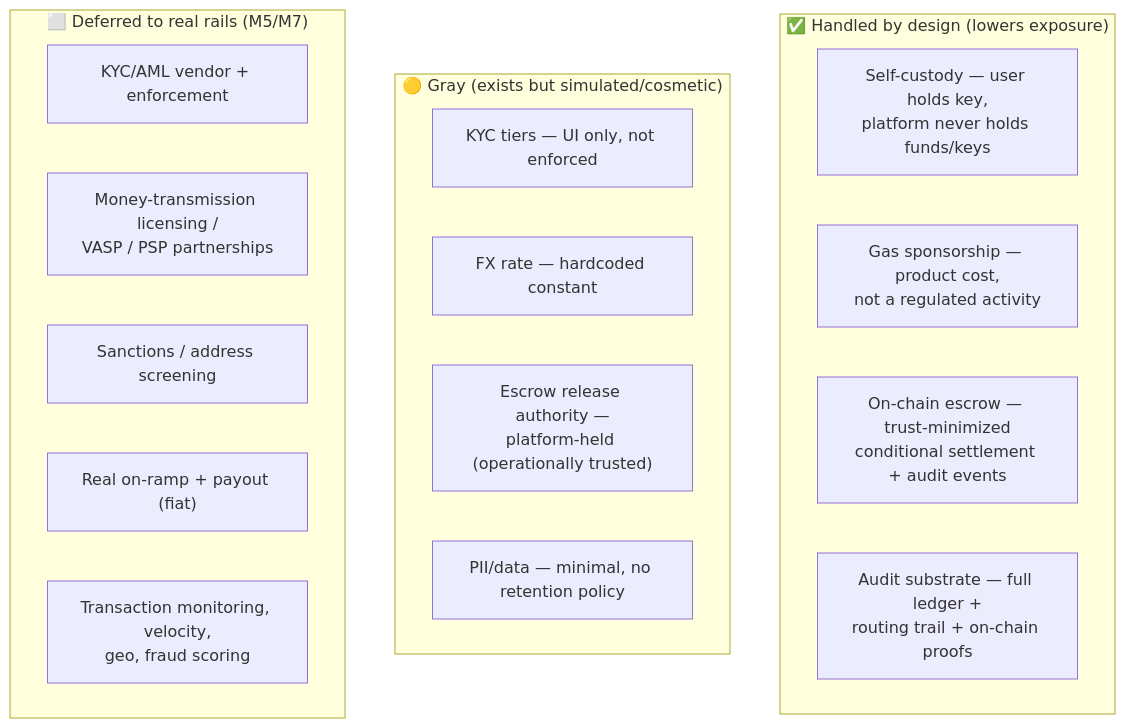
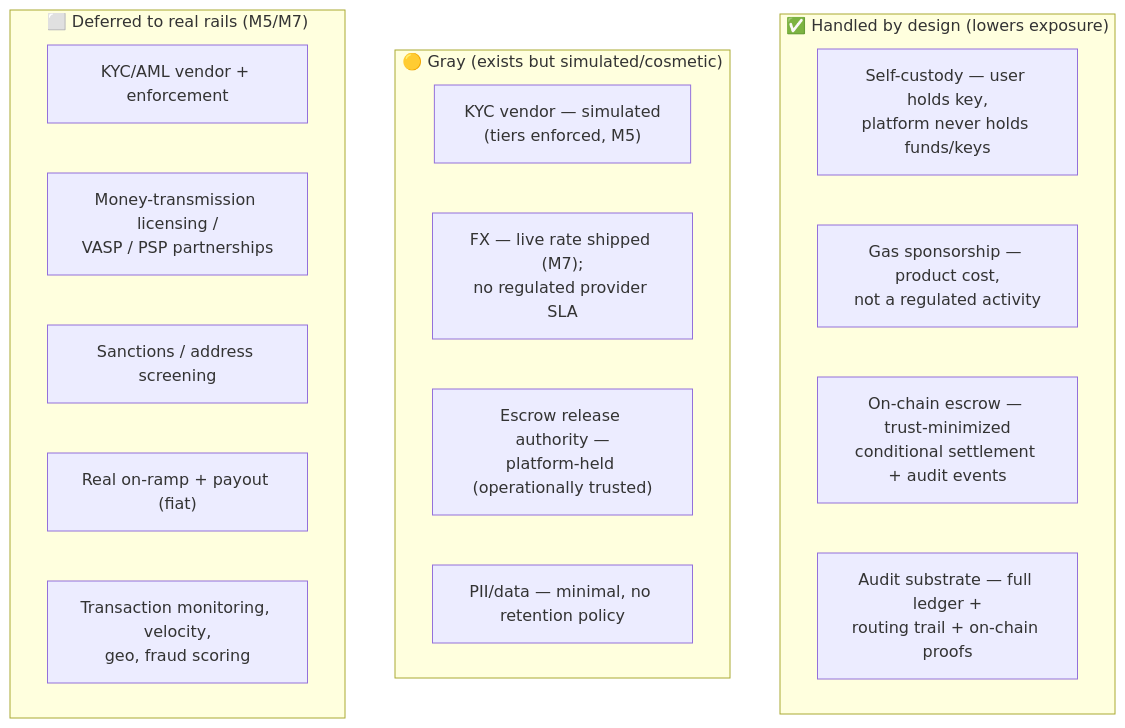
The diagram in monorepo/docs/11-compliance-and-legalities.md (unabrijed/frenspay), drawn with Mermaid before and after one commit. The commit also changed other lines of this file and 6 other files, not shown here.

````diff
--- a/monorepo/docs/11-compliance-and-legalities.md
+++ b/monorepo/docs/11-compliance-and-legalities.md
@@ -20,22 +20,22 @@
 ```mermaid
 flowchart TB
     subgraph green["✅ Handled by design (lowers exposure)"]
       C1["Self-custody — user holds key,<br/>platform never holds funds/keys"]
       C2["Gas sponsorship — product cost,<br/>not a regulated activity"]
       C3["On-chain escrow — trust-minimized<br/>conditional settlement + audit events"]
       C4["Audit substrate — full ledger +<br/>routing trail + on-chain proofs"]
     end
     subgraph gray["🟡 Gray (exists but simulated/cosmetic)"]
-      G1["KYC tiers — UI only, not enforced"]
-      G2["FX rate — hardcoded constant"]
+      G1["KYC vendor — simulated<br/>(tiers enforced, M5)"]
+      G2["FX — live rate shipped (M7);<br/>no regulated provider SLA"]
       G3["Escrow release authority —<br/>platform-held (operationally trusted)"]
       G4["PII/data — minimal, no retention policy"]
     end
     subgraph red["⬜ Deferred to real rails (M5/M7)"]
       R1["KYC/AML vendor + enforcement"]
       R2["Money-transmission licensing /<br/>VASP / PSP partnerships"]
       R3["Sanctions / address screening"]
       R4["Real on-ramp + payout (fiat)"]
       R5["Transaction monitoring, velocity,<br/>geo, fraud scoring"]
     end
 ```
````
